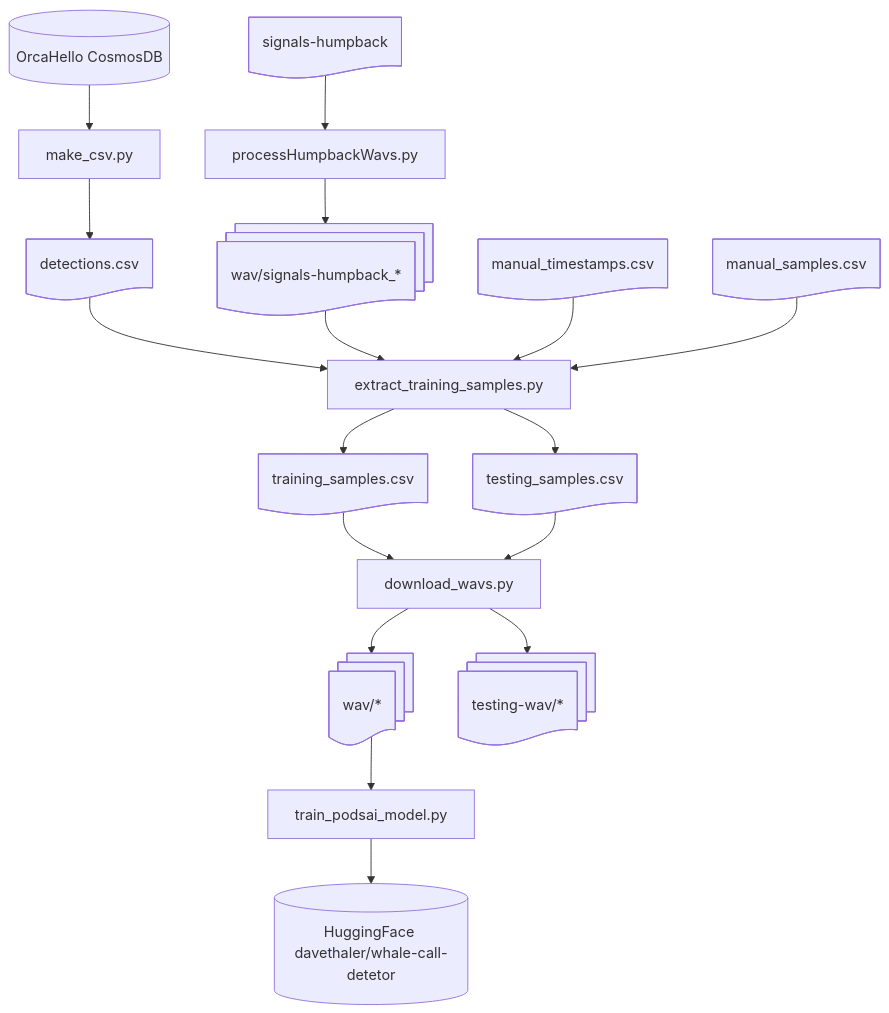
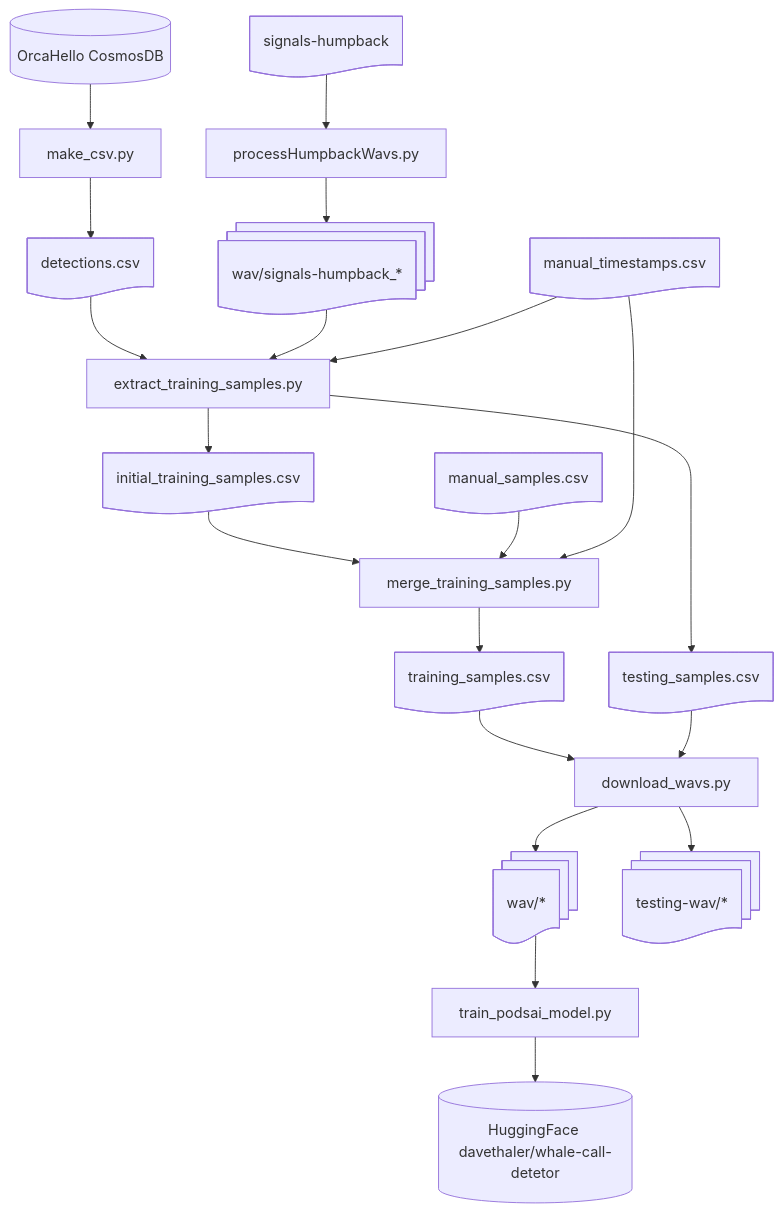
Before and after one commit to aibatchelor22/pods-ai: the diagram in README.md, drawn with Mermaid. The commit also changed other lines of this file and 8 other files, not shown here.

First line of the commit message:
Split initial sample selection from final training-sample merge (#200)

````diff
--- a/README.md
+++ b/README.md
@@ -29,35 +31,39 @@
 ```mermaid
 flowchart TD;
     orcaHello[(OrcaHello CosmosDB)];
     huggingFace[(HuggingFace davethaler/whale-call-detetor)];
     manualSamples@{ shape: doc, label: "manual_samples.csv" };
     detections@{ shape: doc, label: "detections.csv" };
+    initialTrainingSamples@{ shape: doc, label: "initial_training_samples.csv" };
     trainingSamples@{ shape: doc, label: "training_samples.csv" };
     testingSamples@{ shape: doc, label: "testing_samples.csv" };
     signalsHumpback@{ shape: doc, label: "signals-humpback" };
     humpbackSignals@{ shape: docs, label: "wav/signals-humpback_*" };
     manualTimestamps@{ shape: doc, label: "manual_timestamps.csv" };
     wav@{ shape: docs, label: "wav/*" };
     testingWav@{ shape: docs, label: "testing-wav/*" };
 
     processHumpbackWavs@{ shape: rect, label: "processHumpbackWavs.py" };
     makeCsv@{ shape: rect, label: "make_csv.py" };
     extractTrainingSamples@{ shape: rect, label: "extract_training_samples.py" };
+    mergeTrainingSamples@{ shape: rect, label: "merge_training_samples.py" };
     downloadWavs@{ shape: rect, label: "download_wavs.py" };
     trainPodsaiModel@{ shape: rect, label: "train_podsai_model.py" };
 
     orcaHello-->makeCsv-->detections;
 
     signalsHumpback-->processHumpbackWavs-->humpbackSignals;
 
-    detections-->extractTrainingSamples-->trainingSamples;
+    detections-->extractTrainingSamples-->initialTrainingSamples;
     humpbackSignals-->extractTrainingSamples;
     manualTimestamps-->extractTrainingSamples;
-    manualSamples-->extractTrainingSamples;
     extractTrainingSamples-->testingSamples;
+    initialTrainingSamples-->mergeTrainingSamples-->trainingSamples;
+    manualSamples-->mergeTrainingSamples;
+    manualTimestamps-->mergeTrainingSamples;
 
     trainingSamples-->downloadWavs-->wav;
     testingSamples-->downloadWavs-->testingWav;
 
     wav-->trainPodsaiModel-->huggingFace;
 ```
````
